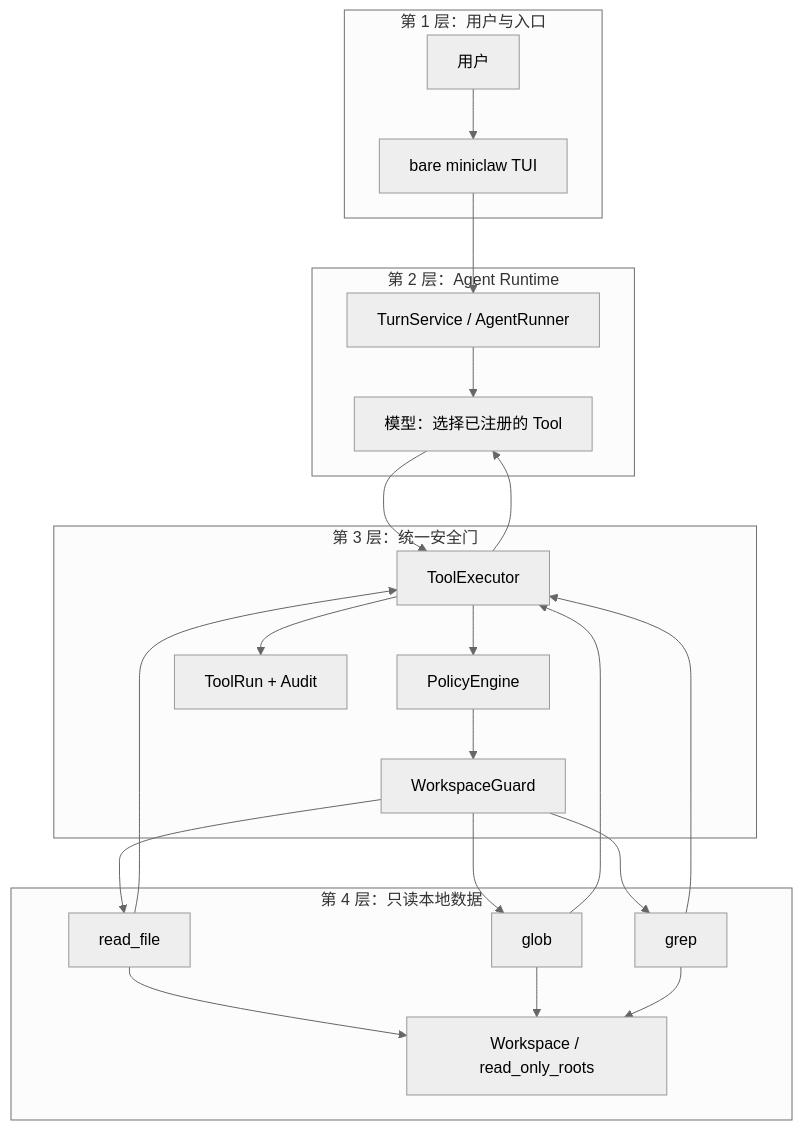
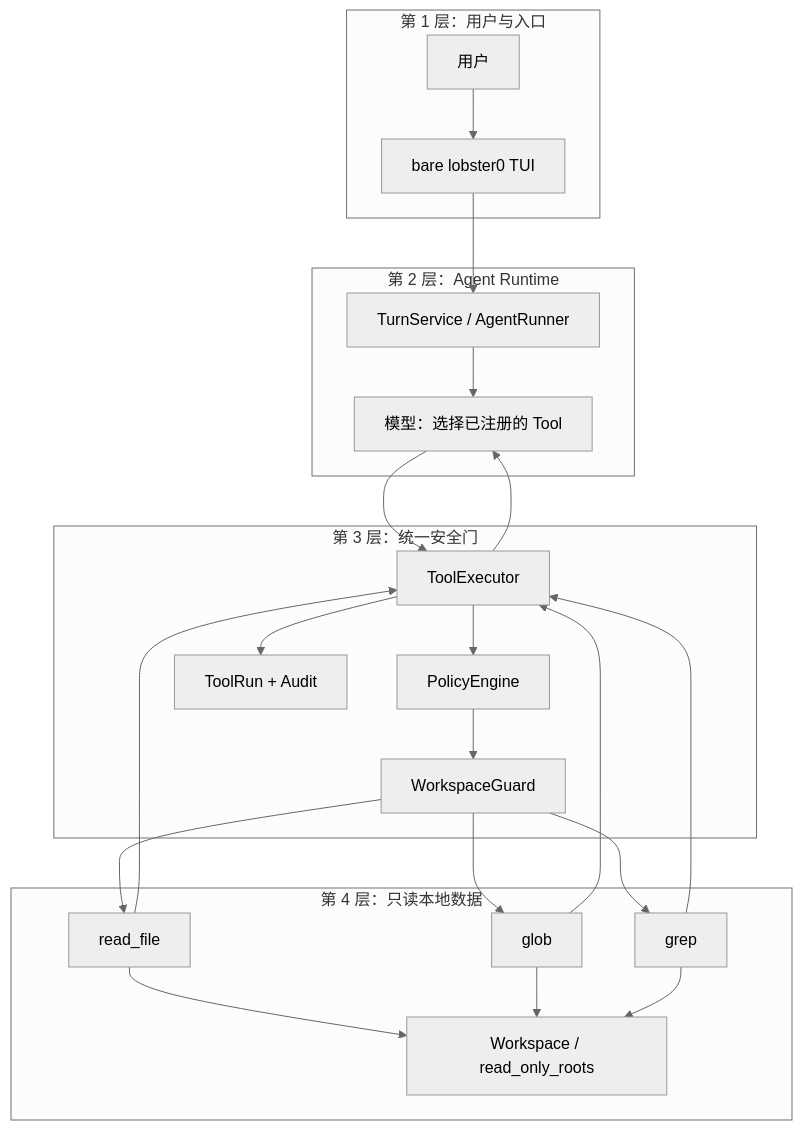
One commit to NEDONION/lobster0 changed the first of 3 diagrams in docs/engineering/phase-2/20260807_workspace-read-tools.md. Above: the diagram before and after it, drawn with Mermaid (neutral theme). The commit also changed other lines of this file and 221 other files, not shown here.

First line of the commit message:
docs(rename): 文档、官网内容与桌面/TUI/Browser-Worker 品牌文案改为 Lobster0

````diff
--- a/docs/engineering/phase-2/20260807_workspace-read-tools.md
+++ b/docs/engineering/phase-2/20260807_workspace-read-tools.md
@@ -17,28 +17,28 @@
 ```mermaid
 flowchart TB
     subgraph L1["第 1 层：用户与入口"]
-        USER["用户"] --> CLI["bare miniclaw TUI"]
+        USER["用户"] --> CLI["bare lobster0 TUI"]
     end
     subgraph L2["第 2 层：Agent Runtime"]
         CLI --> TURN["TurnService / AgentRunner"]
         TURN --> MODEL["模型：选择已注册的 Tool"]
     end
     subgraph L3["第 3 层：统一安全门"]
         MODEL --> EXEC["ToolExecutor"]
         EXEC --> POLICY["PolicyEngine"]
         POLICY --> GUARD["WorkspaceGuard"]
         EXEC --> AUDIT["ToolRun + Audit"]
     end
     subgraph L4["第 4 层：只读本地数据"]
         GUARD --> READ["read_file"]
         GUARD --> GLOB["glob"]
         GUARD --> GREP["grep"]
         READ --> WORK["Workspace / read_only_roots"]
         GLOB --> WORK
         GREP --> WORK
     end
     READ --> EXEC
     GLOB --> EXEC
     GREP --> EXEC
     EXEC --> MODEL
 ```
````
